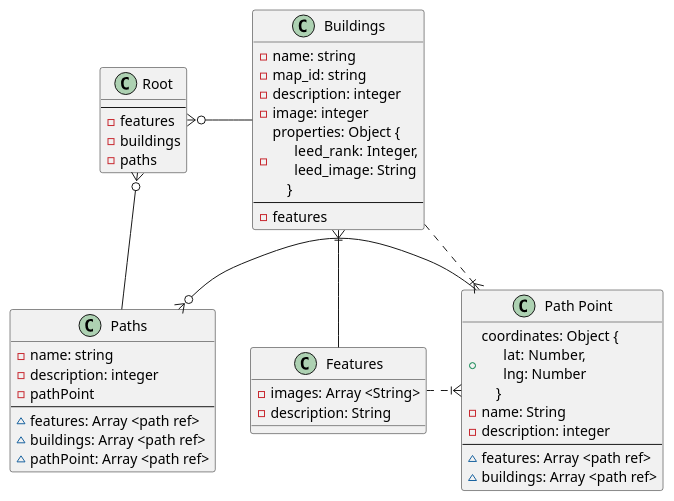
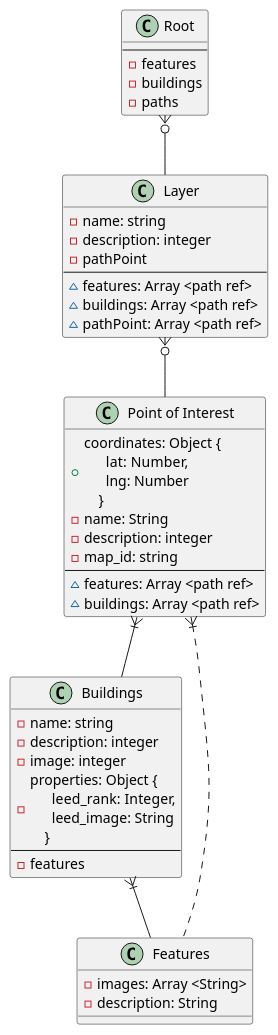
The diagram in documents/VuexSustainabilityMap.puml (OSU-Sustainability-Office/sustainability_map), drawn with PlantUML before and after one commit. The commit also changed 1 other file, not shown here.

Commit message:
updated vuex UML

```diff
--- a/documents/VuexSustainabilityMap.puml
+++ b/documents/VuexSustainabilityMap.puml
@@ -1,55 +1,54 @@
 @startuml VuexSustainabilityMap
 class "Root" as root  {
   --
   - features
   - buildings
   - paths
 }
 
 class "Buildings" as buildings {
   - name: string
-  - map_id: string
   - description: integer
   - image: integer
   - properties: Object {\n\
       leed_rank: Integer,\n\
       leed_image: String\n\
     }
   --
   - features
 }
 
 class "Features" as features {
   - images: Array <String>
   - description: String
 }
 
-class "Paths" as paths {
+class "Layer" as layer {
   - name: string
   - description: integer
   - pathPoint
   --
   ~ features: Array <path ref>
   ~ buildings: Array <path ref>
   ~ pathPoint: Array <path ref>
 }
 
-class "Path Point" as pathPoint {
+class "Point of Interest" as pointInterest {
   + coordinates: Object {\n\
       lat: Number,\n\
       lng: Number\n\
     }
  - name: String
  - description: integer
+   - map_id: string
  --
  ~ features: Array <path ref>
  ~ buildings: Array <path ref>
 }
 
-paths }o-right- pathPoint
-root }o-right- buildings
-root }o-right- paths
-pathPoint }|-left[dashed]- features
-pathPoint }|-left[dashed]- buildings
+root }o-- layer
+layer }o-- pointInterest
+pointInterest }|-[dashed]- features
+pointInterest }|-- buildings
 buildings }|-- features
 @enduml
```
